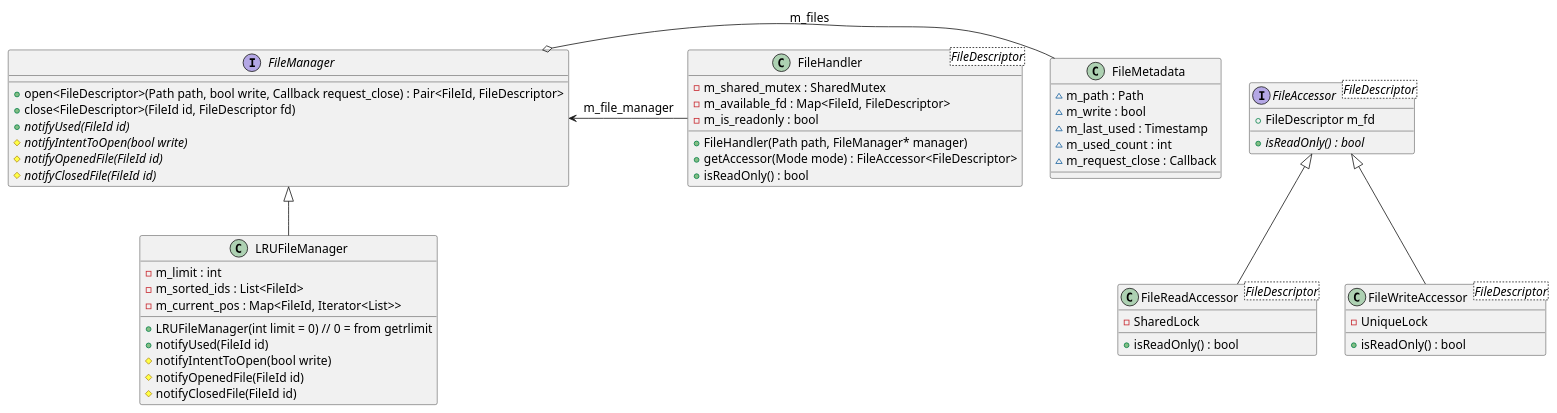
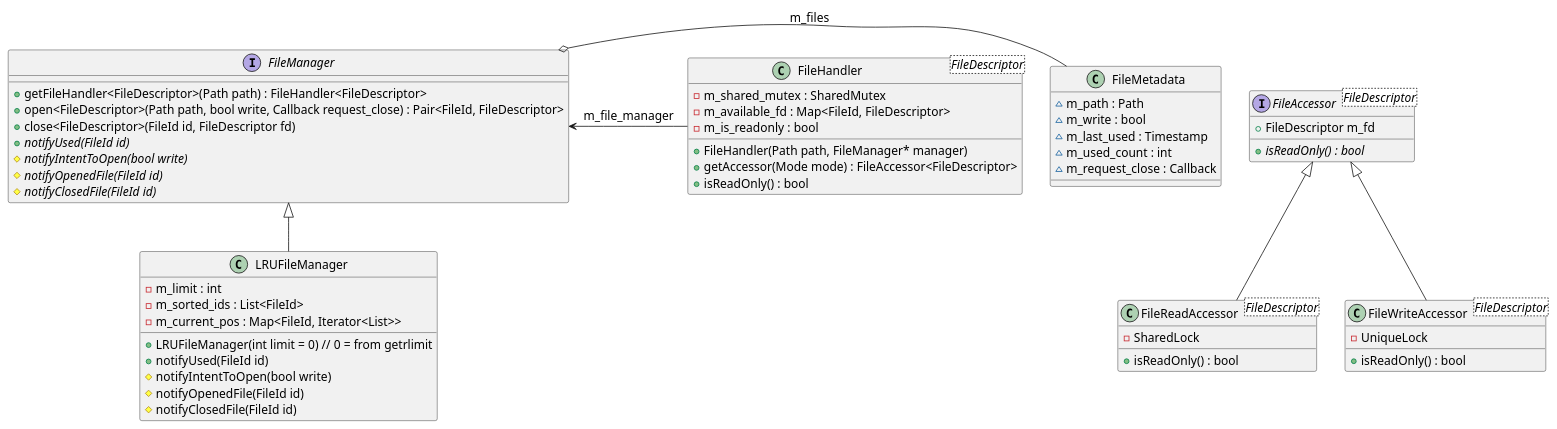
Before and after one commit to ayllon/PoolTest: the diagram in FilePool/doc/FilePool.puml, drawn with PlantUML. The commit also changed 10 other files, not shown here.

Commit message:
Add getFileHandler to FileManager

```diff
--- a/FilePool/doc/FilePool.puml
+++ b/FilePool/doc/FilePool.puml
@@ -1,65 +1,66 @@
 @startuml FilePool.png
 
 skinparam defaultfontsize 15
 
 interface FileAccessor<FileDescriptor> {
     + FileDescriptor m_fd
     + {abstract} isReadOnly() : bool
 }
 
 class FileReadAccessor<FileDescriptor> {
     - SharedLock
     + isReadOnly() : bool
 }
 
 class FileWriteAccessor<FileDescriptor> {
     - UniqueLock
     + isReadOnly() : bool
 }
 
 FileAccessor <|-- FileReadAccessor
 FileAccessor <|-- FileWriteAccessor
 
 class FileHandler<FileDescriptor> {
     + FileHandler(Path path, FileManager* manager)
     + getAccessor(Mode mode) : FileAccessor<FileDescriptor>
     + isReadOnly() : bool
     - m_shared_mutex : SharedMutex
     - m_available_fd : Map<FileId, FileDescriptor>
     - m_is_readonly : bool
 }
 
 interface FileManager {
+    + getFileHandler<FileDescriptor>(Path path) : FileHandler<FileDescriptor>
     + open<FileDescriptor>(Path path, bool write, Callback request_close) : Pair<FileId, FileDescriptor>
     + close<FileDescriptor>(FileId id, FileDescriptor fd)
     + {abstract} notifyUsed(FileId id)
     # {abstract} notifyIntentToOpen(bool write)
     # {abstract} notifyOpenedFile(FileId id)
     # {abstract} notifyClosedFile(FileId id)
 }
 
 class FileMetadata {
     ~ m_path : Path
     ~ m_write : bool
     ~ m_last_used : Timestamp
     ~ m_used_count : int
     ~ m_request_close : Callback
 }
 
 FileManager o- FileMetadata : m_files
 
 class LRUFileManager {
     + LRUFileManager(int limit = 0) // 0 = from getrlimit
     + notifyUsed(FileId id)
     # notifyIntentToOpen(bool write)
     # notifyOpenedFile(FileId id)
     # notifyClosedFile(FileId id)
     - m_limit : int
     - m_sorted_ids : List<FileId>
     - m_current_pos : Map<FileId, Iterator<List>>
 }
 
 FileManager <- FileHandler : m_file_manager
 FileManager <|-- LRUFileManager
 
 @enduml
```
